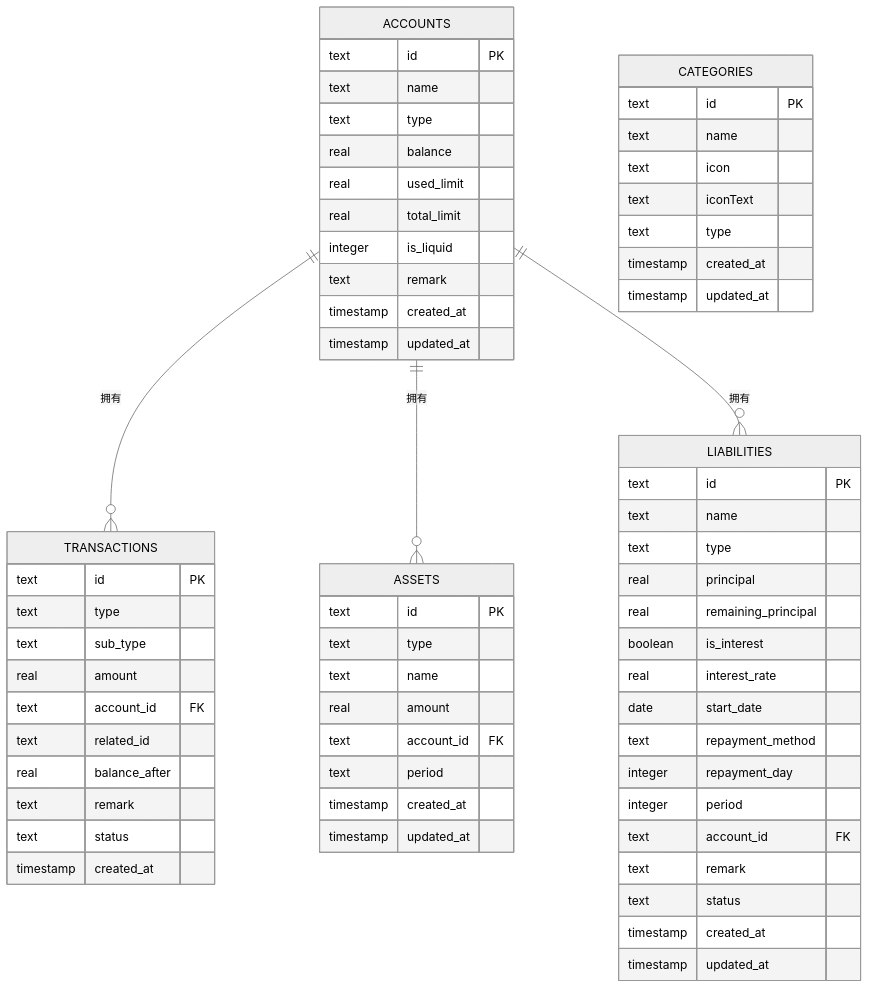
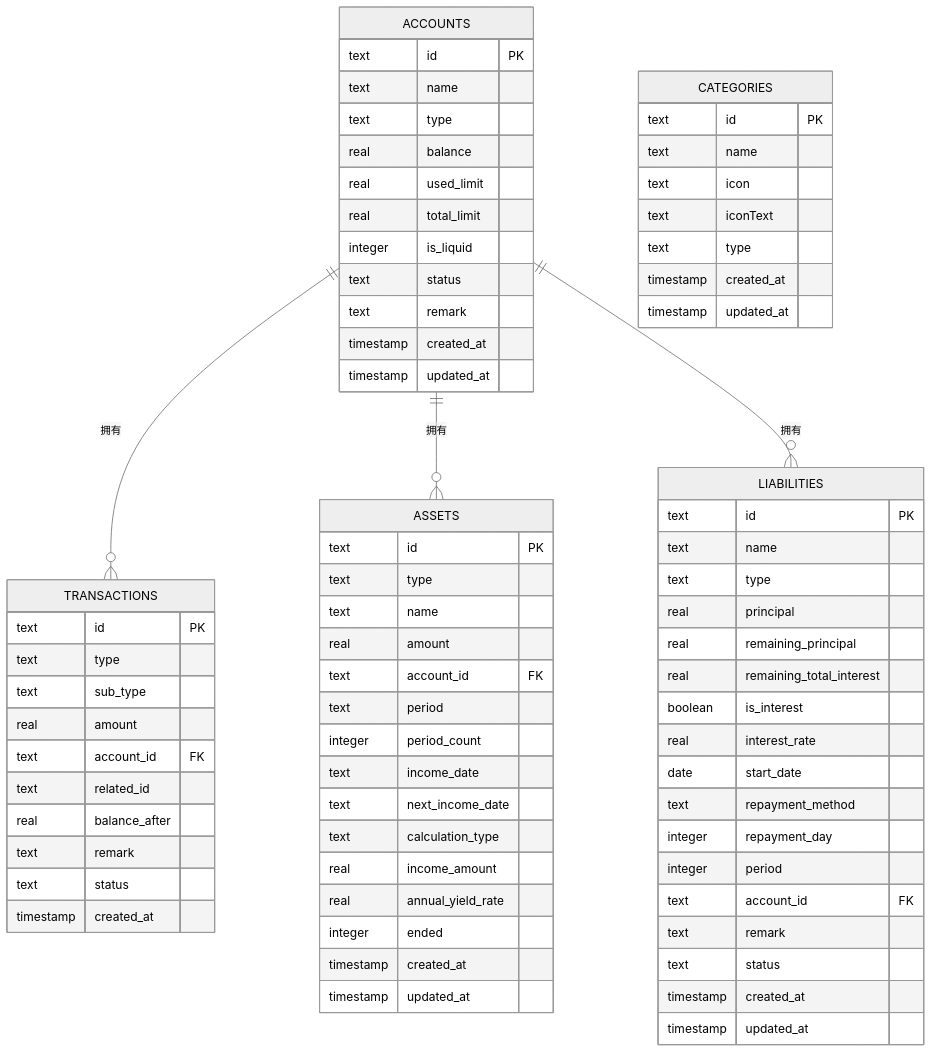
The third of 8 diagrams in .qoder/repowiki/zh/content/数据库管理/数据库设计.md (xiao-lin-unit/yuan), drawn with Mermaid (neutral theme) before and after one commit. The commit also changed other lines of this file and 14 other files, not shown here.

````diff
--- a/.qoder/repowiki/zh/content/数据库管理/数据库设计.md
+++ b/.qoder/repowiki/zh/content/数据库管理/数据库设计.md
@@ -200,67 +223,76 @@
 ```mermaid
 erDiagram
 ACCOUNTS {
 text id PK
 text name
 text type
 real balance
 real used_limit
 real total_limit
 integer is_liquid
+text status
 text remark
 timestamp created_at
 timestamp updated_at
 }
 TRANSACTIONS {
 text id PK
 text type
 text sub_type
 real amount
 text account_id FK
 text related_id
 real balance_after
 text remark
 text status
 timestamp created_at
 }
 ASSETS {
 text id PK
 text type
 text name
 real amount
 text account_id FK
 text period
+integer period_count
+text income_date
+text next_income_date
+text calculation_type
+real income_amount
+real annual_yield_rate
+integer ended
 timestamp created_at
 timestamp updated_at
 }
 LIABILITIES {
 text id PK
 text name
 text type
 real principal
 real remaining_principal
+real remaining_total_interest
 boolean is_interest
 real interest_rate
 date start_date
 text repayment_method
 integer repayment_day
 integer period
 text account_id FK
 text remark
 text status
 timestamp created_at
 timestamp updated_at
 }
 CATEGORIES {
 text id PK
 text name
 text icon
 text iconText
 text type
 timestamp created_at
 timestamp updated_at
 }
 ACCOUNTS ||--o{ TRANSACTIONS : "拥有"
 ACCOUNTS ||--o{ ASSETS : "拥有"
 ACCOUNTS ||--o{ LIABILITIES : "拥有"
 ```
````
